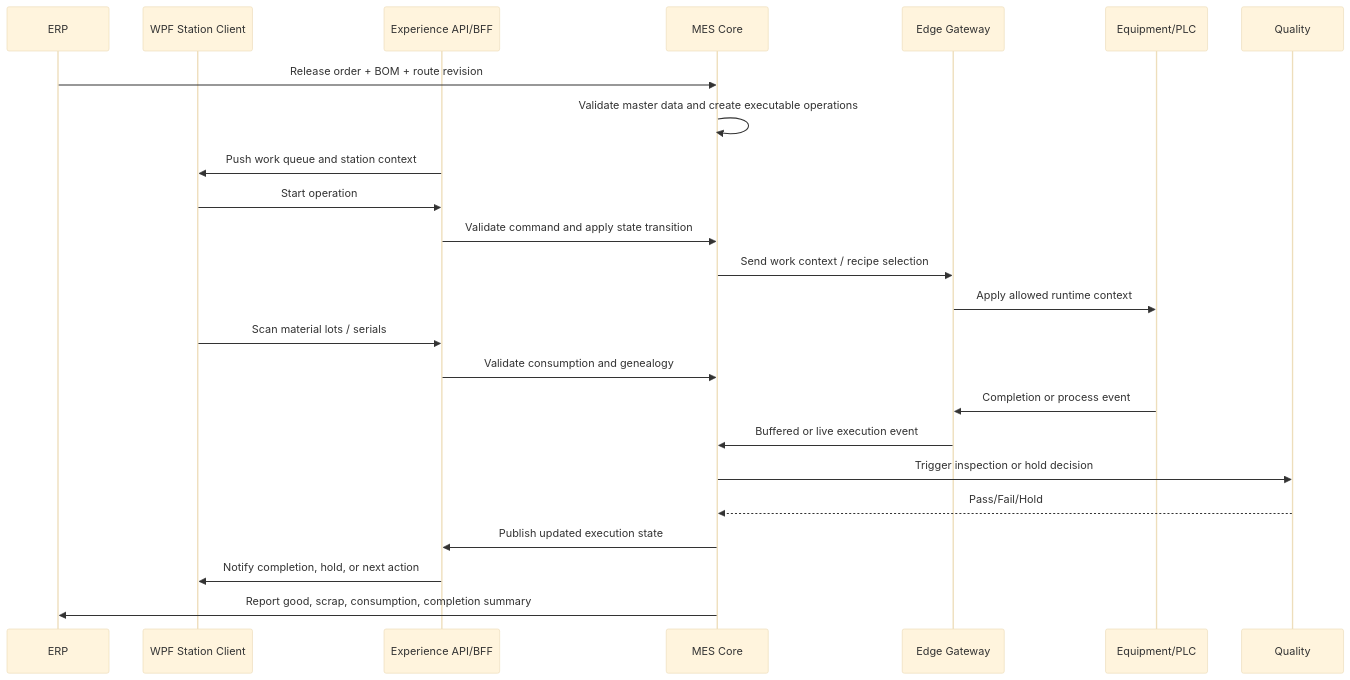
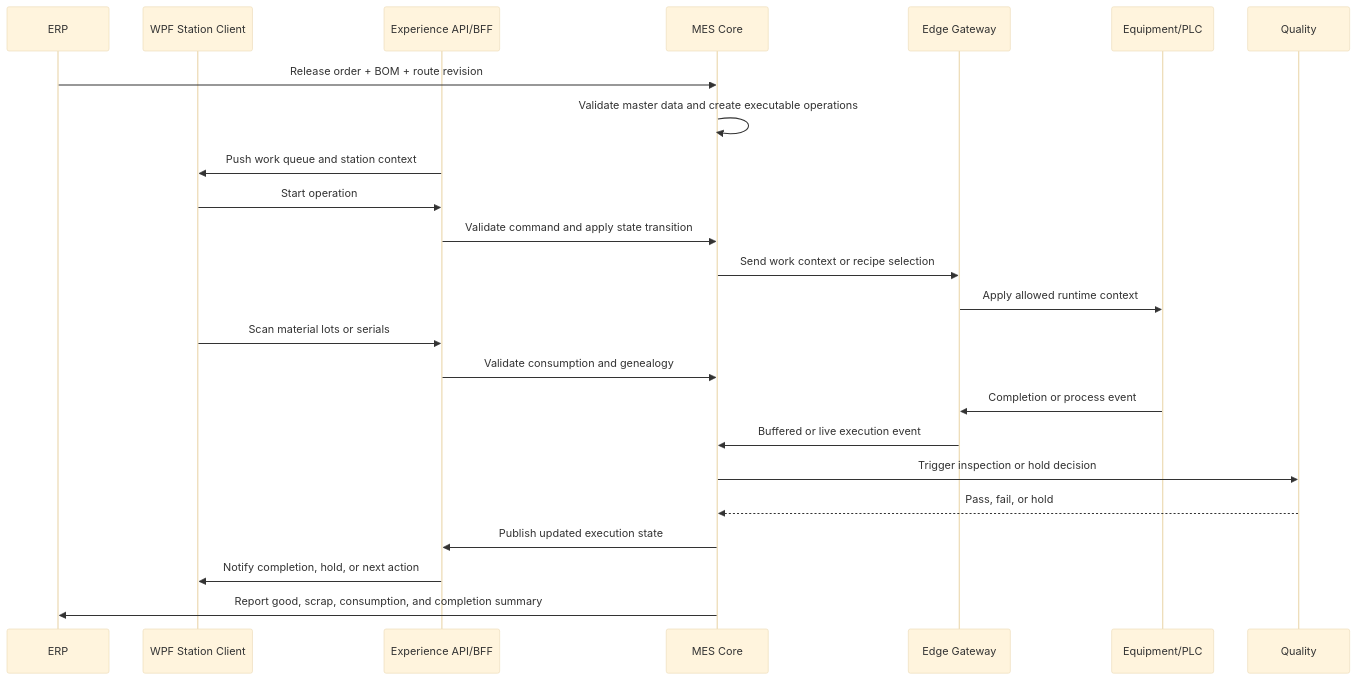
One commit to parksanghoon-sys/TestCode changed the second of 2 diagrams in src/Modbus/docs/mes/architecture-blueprint.md. Above: the diagram before and after it, drawn with Mermaid (base theme). The commit also changed other lines of this file and 8 other files, not shown here.

````diff
--- a/src/Modbus/docs/mes/architecture-blueprint.md
+++ b/src/Modbus/docs/mes/architecture-blueprint.md
@@ -208,27 +210,27 @@
 ```mermaid
 sequenceDiagram
     participant ERP as ERP
     participant WPF as WPF Station Client
     participant BFF as Experience API/BFF
     participant MES as MES Core
     participant EG as Edge Gateway
     participant EQ as Equipment/PLC
     participant Q as Quality
 
     ERP->>MES: Release order + BOM + route revision
     MES->>MES: Validate master data and create executable operations
     BFF->>WPF: Push work queue and station context
     WPF->>BFF: Start operation
     BFF->>MES: Validate command and apply state transition
-    MES->>EG: Send work context / recipe selection
+    MES->>EG: Send work context or recipe selection
     EG->>EQ: Apply allowed runtime context
-    WPF->>BFF: Scan material lots / serials
+    WPF->>BFF: Scan material lots or serials
     BFF->>MES: Validate consumption and genealogy
     EQ->>EG: Completion or process event
     EG->>MES: Buffered or live execution event
     MES->>Q: Trigger inspection or hold decision
-    Q-->>MES: Pass/Fail/Hold
+    Q-->>MES: Pass, fail, or hold
     MES->>BFF: Publish updated execution state
     BFF->>WPF: Notify completion, hold, or next action
-    MES->>ERP: Report good, scrap, consumption, completion summary
+    MES->>ERP: Report good, scrap, consumption, and completion summary
 ```
````
